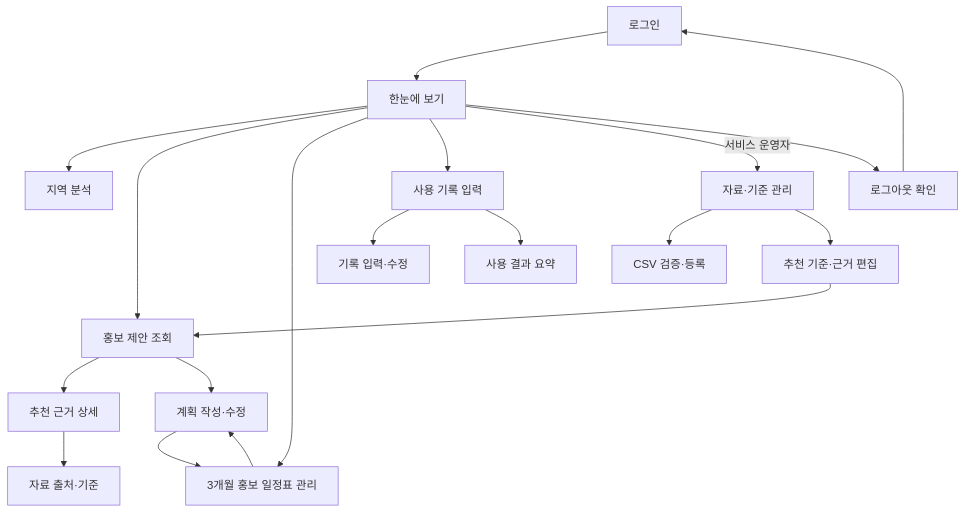
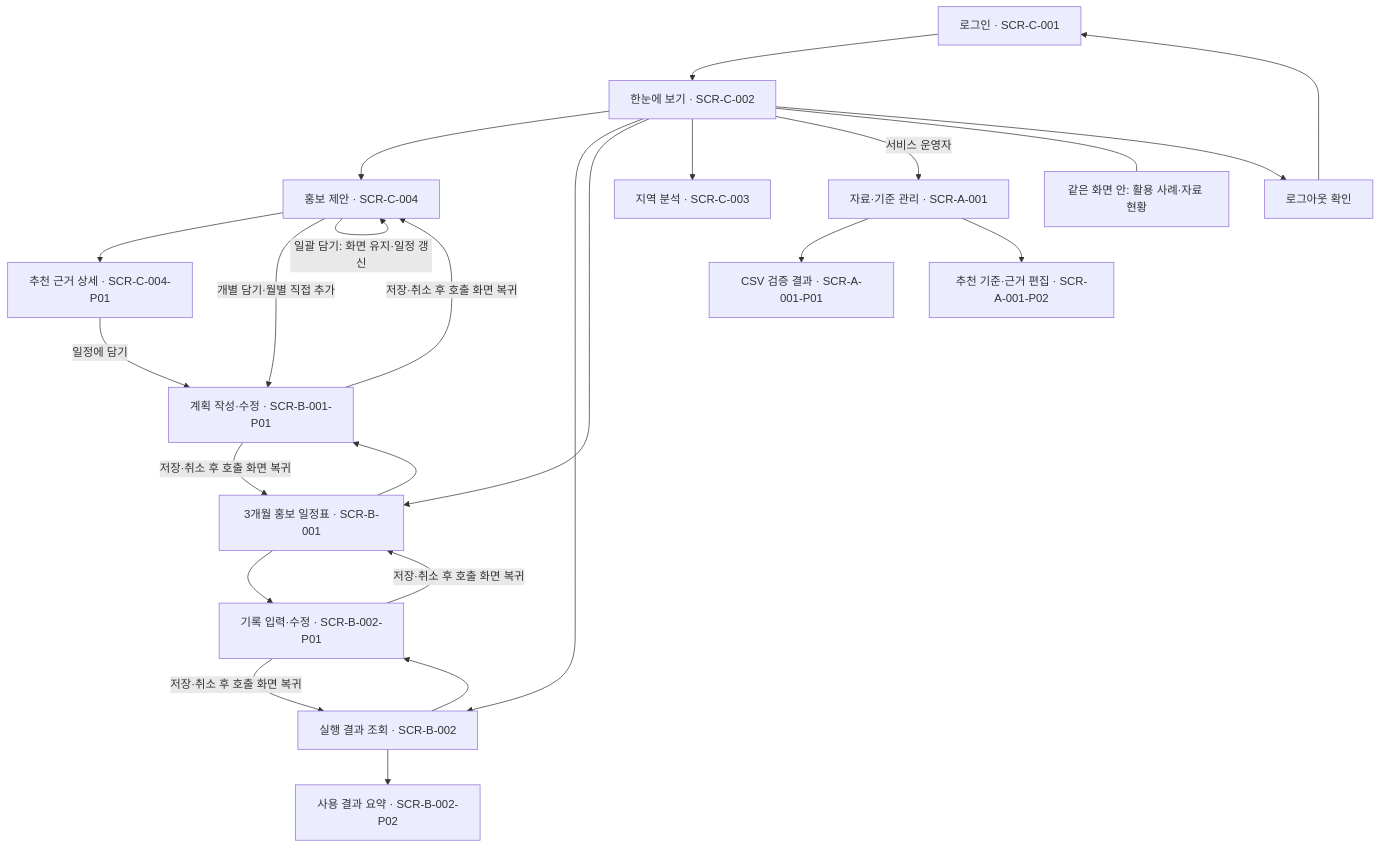
Before and after one commit to LSB-afk/-Information-Systems-Capstone-Design: the diagram in 00_제출/Red_SCREEN.md, drawn with Mermaid. The commit also changed other lines of this file and 7 other files, not shown here.

First line of the commit message:
Keep screen specifications aligned with the revised Make flow

````diff
--- a/00_제출/Red_SCREEN.md
+++ b/00_제출/Red_SCREEN.md
@@ -27,21 +39,26 @@
 ```mermaid
 flowchart TD
- L[로그인] --> M[한눈에 보기]
- M --> A[지역 분석]
- M --> R[홍보 제안 조회]
- M --> C[3개월 홍보 일정표 관리]
- M --> H[사용 기록 입력]
- M -->|서비스 운영자| D[자료·기준 관리]
- R --> E[추천 근거 상세]
- E --> S[자료 출처·기준]
- R --> P[계획 작성·수정]
+ L["로그인 · SCR-C-001"] --> M["한눈에 보기 · SCR-C-002"]
+ M --> R["홍보 제안 · SCR-C-004"]
+ M --> H["실행 결과 조회 · SCR-B-002"]
+ M --> C["3개월 홍보 일정표 · SCR-B-001"]
+ M --> A["지역 분석 · SCR-C-003"]
+ M -->|서비스 운영자| D["자료·기준 관리 · SCR-A-001"]
+ M --- V["같은 화면 안: 활용 사례·자료 현황"]
+ R --> E["추천 근거 상세 · SCR-C-004-P01"]
+ R -->|개별 담기·월별 직접 추가| P["계획 작성·수정 · SCR-B-001-P01"]
+ E -->|일정에 담기| P
  C --> P
- P --> C
- H --> F[기록 입력·수정]
- H --> V[사용 결과 요약]
- D --> X[CSV 검증·등록]
- D --> K[추천 기준·근거 편집]
- K --> R
- M --> O[로그아웃 확인]
+ P -->|저장·취소 후 호출 화면 복귀| R
+ P -->|저장·취소 후 호출 화면 복귀| C
+ R -->|일괄 담기: 화면 유지·일정 갱신| R
+ C --> F["기록 입력·수정 · SCR-B-002-P01"]
+ H --> F
+ F -->|저장·취소 후 호출 화면 복귀| C
+ F -->|저장·취소 후 호출 화면 복귀| H
+ H --> S["사용 결과 요약 · SCR-B-002-P02"]
+ D --> X["CSV 검증 결과 · SCR-A-001-P01"]
+ D --> K["추천 기준·근거 편집 · SCR-A-001-P02"]
+ M --> O["로그아웃 확인"]
  O --> L
 ```
````
